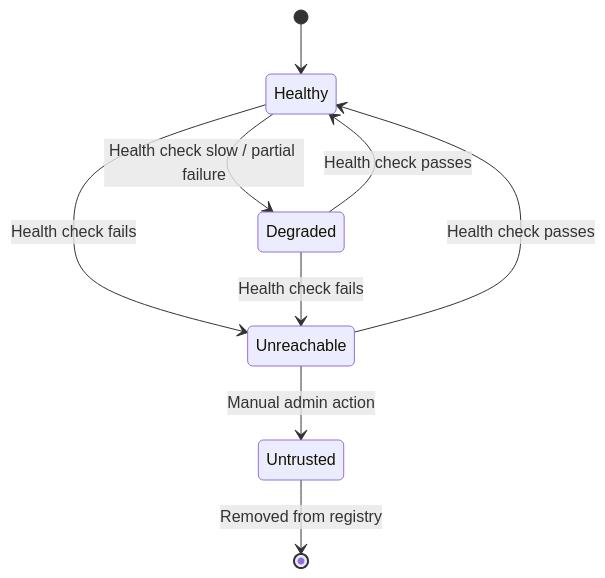
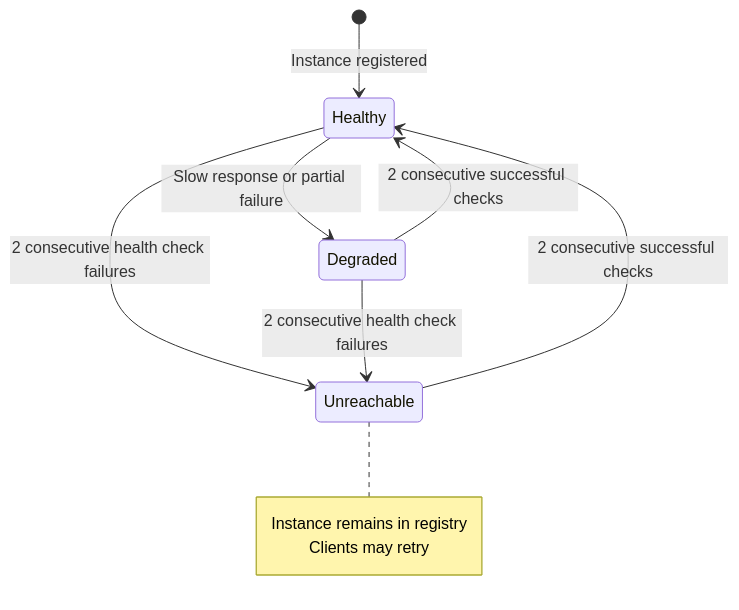
Before and after one commit to JDRay42/Boswell: the third of 5 diagrams in docs/architecture/09-router.md, drawn with Mermaid. The commit also changed other lines of this file and 9 other files, not shown here.

First line of the commit message:
docs(arch): align subsystem docs with Router and token architecture changes

````diff
--- a/docs/architecture/09-router.md
+++ b/docs/architecture/09-router.md
@@ -96,11 +127,10 @@
 ```mermaid
 stateDiagram-v2
-    [*] --> Healthy
-    Healthy --> Degraded : Health check slow / partial failure
-    Healthy --> Unreachable : Health check fails
-    Degraded --> Healthy : Health check passes
-    Degraded --> Unreachable : Health check fails
-    Unreachable --> Healthy : Health check passes
-    Unreachable --> Untrusted : Manual admin action
-    Untrusted --> [*] : Removed from registry
+    [*] --> Healthy: Instance registered
+    Healthy --> Degraded: Slow response or partial failure
+    Healthy --> Unreachable: 2 consecutive health check failures
+    Degraded --> Healthy: 2 consecutive successful checks
+    Degraded --> Unreachable: 2 consecutive health check failures
+    Unreachable --> Healthy: 2 consecutive successful checks
+    note right of Unreachable: Instance remains in registry<br/>Clients may retry
 ```
````
